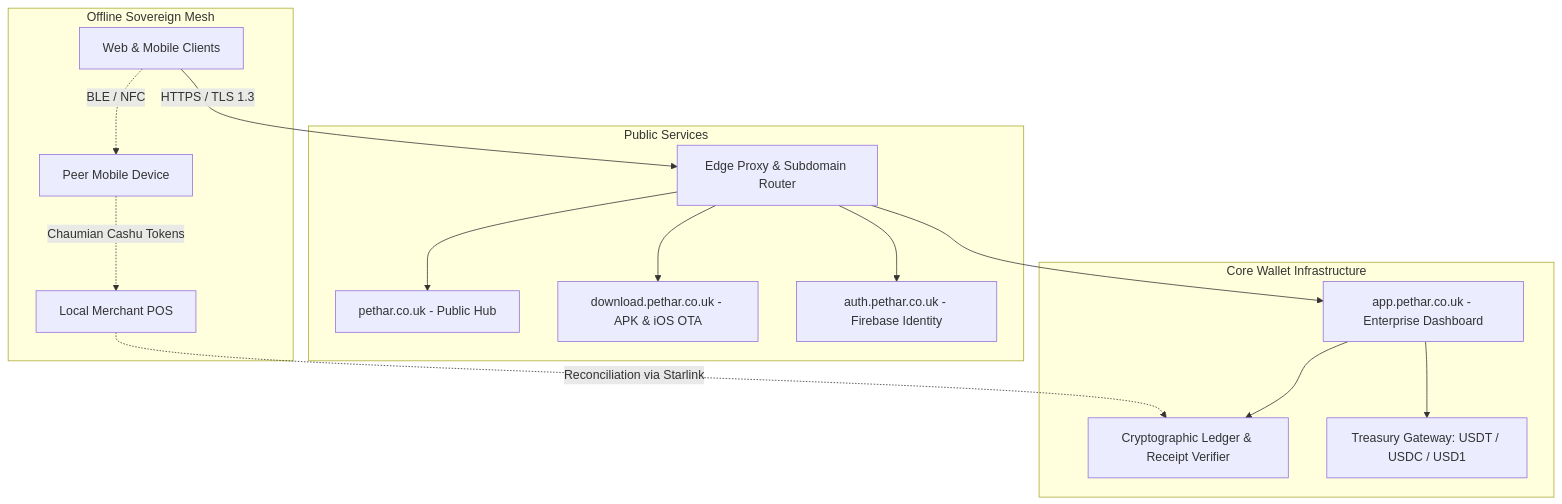
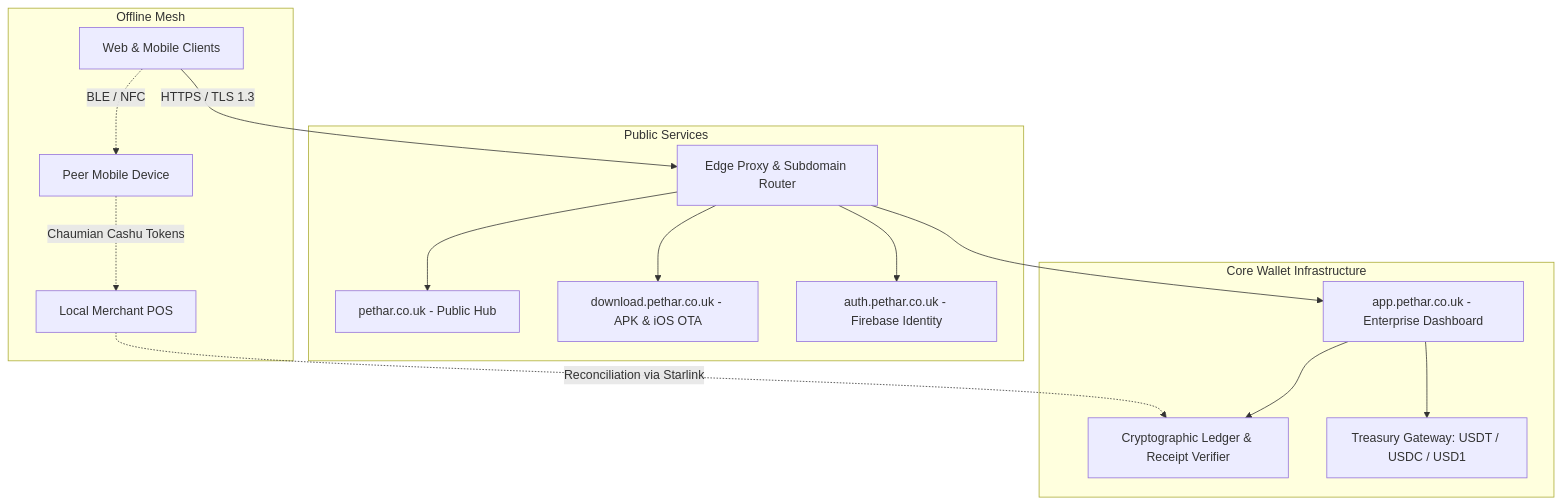
One commit to arakanapps/Pethar changed the diagram in ARCHITECTURE.md. Above: the diagram before and after it, drawn with Mermaid. The commit also changed 16 other files, not shown here.

````diff
--- a/ARCHITECTURE.md
+++ b/ARCHITECTURE.md
@@ -28,22 +28,22 @@
 ```mermaid
 graph TD
     Client[Web & Mobile Clients] -->|HTTPS / TLS 1.3| Edge[Edge Proxy & Subdomain Router]
     
     subgraph "Public Services"
         Edge --> Landing[pethar.co.uk - Public Hub]
         Edge --> Download[download.pethar.co.uk - APK & iOS OTA]
         Edge --> Auth[auth.pethar.co.uk - Firebase Identity]
     end
     
     subgraph "Core Wallet Infrastructure"
         Edge --> Wallet[app.pethar.co.uk - Enterprise Dashboard]
         Wallet --> Ledger[Cryptographic Ledger & Receipt Verifier]
         Wallet --> Treasury[Treasury Gateway: USDT / USDC / USD1]
     end
     
-    subgraph "Offline Sovereign Mesh"
+    subgraph "Offline Mesh"
         Client -.->|BLE / NFC| DeviceB[Peer Mobile Device]
         DeviceB -.->|Chaumian Cashu Tokens| DeviceC[Local Merchant POS]
         DeviceC -.->|Reconciliation via Starlink| Ledger
     end
 ```
````
